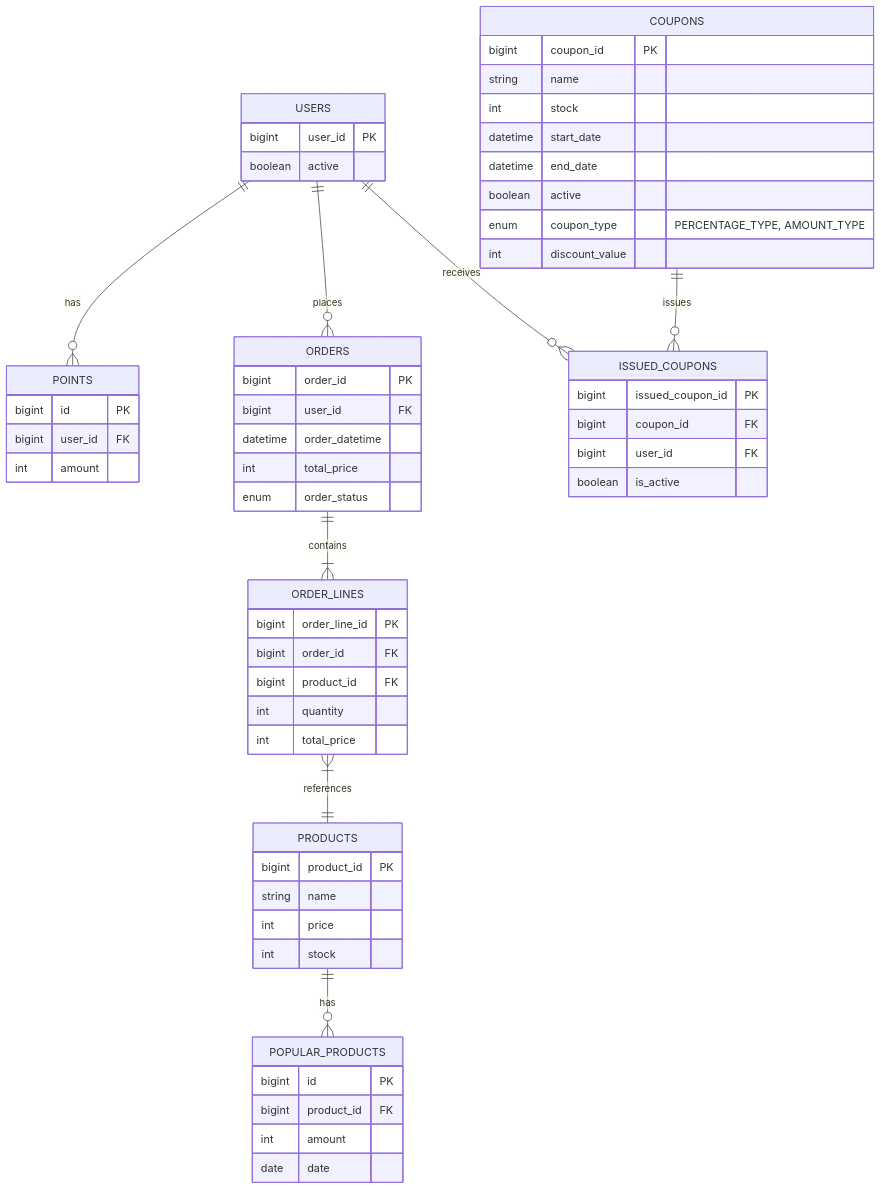
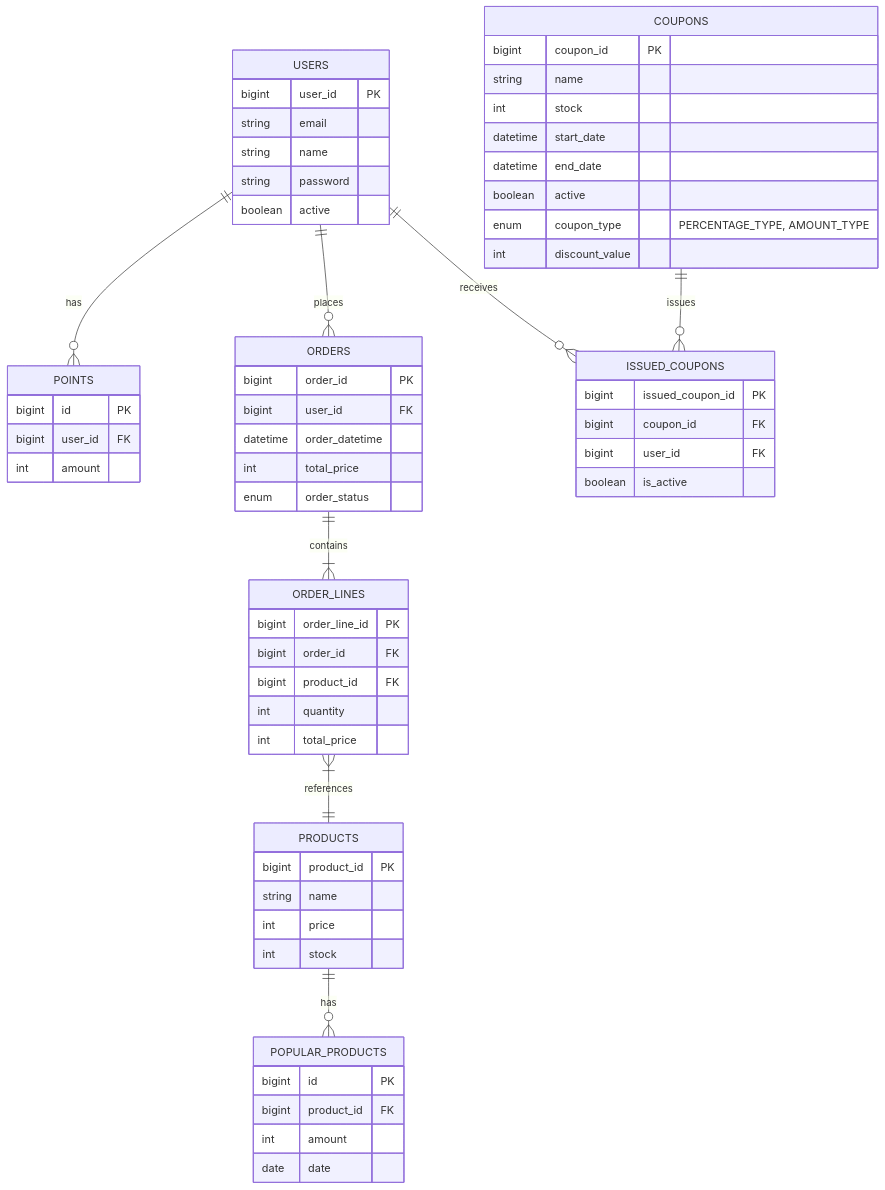
One commit to lostcatbox/hhplus-e-commerce-server changed the diagram in docs/erd/mysqlerd.mermaid. Above: the diagram before and after it, drawn with Mermaid.

Commit message:
[Docs] 항해 2주차 이커머스 ERD USER 다이어그램

```diff
--- a/docs/erd/mysqlerd.mermaid
+++ b/docs/erd/mysqlerd.mermaid
@@ -1,70 +1,73 @@
 erDiagram
     USERS {
         bigint user_id PK
+        string email
+        string name
+        string password
         boolean active
     }
 
     PRODUCTS {
         bigint product_id PK
         string name
         int price
         int stock
     }
 
     POPULAR_PRODUCTS {
         bigint id PK
         bigint product_id FK
         int amount
         date date
     }
 
     POINTS {
         bigint id PK
         bigint user_id FK
         int amount
     }
 
     ORDERS {
         bigint order_id PK
         bigint user_id FK
         datetime order_datetime
         int total_price
         enum order_status
     }
 
     ORDER_LINES {
         bigint order_line_id PK
         bigint order_id FK
         bigint product_id FK
         int quantity
         int total_price
     }
 
     COUPONS {
         bigint coupon_id PK
         string name
         int stock
         datetime start_date
         datetime end_date
         boolean active
         enum coupon_type "PERCENTAGE_TYPE, AMOUNT_TYPE"
         int discount_value
     }
 
     ISSUED_COUPONS {
         bigint issued_coupon_id PK
         bigint coupon_id FK
         bigint user_id FK
         boolean is_active
     }
 
     USERS ||--o{ ORDERS : places
     USERS ||--o{ POINTS : has
     USERS ||--o{ ISSUED_COUPONS : receives
 
     ORDERS ||--|{ ORDER_LINES : contains
     ORDER_LINES }|--|| PRODUCTS : references
 
     PRODUCTS ||--o{ POPULAR_PRODUCTS : has
 
     COUPONS ||--o{ ISSUED_COUPONS : issues
```
